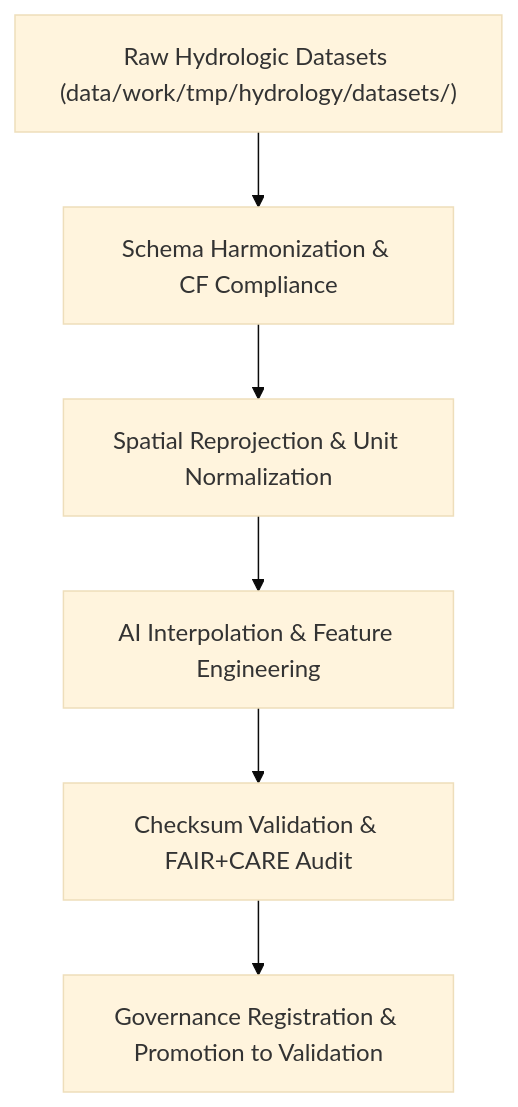
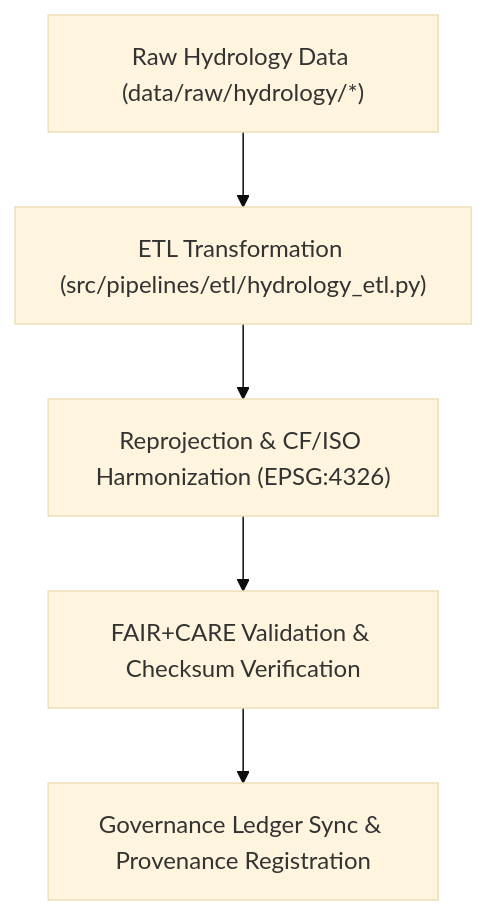
Before and after one commit to bartytime4life/Kansas-Frontier-Matrix: the diagram in data/work/tmp/hydrology/transforms/README.md, drawn with Mermaid (base theme). The commit also changed other lines of this file, not shown here.

````diff
--- a/data/work/tmp/hydrology/transforms/README.md
+++ b/data/work/tmp/hydrology/transforms/README.md
@@ -69,8 +66,7 @@
 ```mermaid
 flowchart TD
-    A["Raw Hydrologic Datasets (data/work/tmp/hydrology/datasets/)"] --> B["Schema Harmonization & CF Compliance"]
-    B --> C["Spatial Reprojection & Unit Normalization"]
-    C --> D["AI Interpolation & Feature Engineering"]
-    D --> E["Checksum Validation & FAIR+CARE Audit"]
-    E --> F["Governance Registration & Promotion to Validation"]
+    A["Raw Hydrology Data (data/raw/hydrology/*)"] --> B["ETL Transformation (src/pipelines/etl/hydrology_etl.py)"]
+    B --> C["Reprojection & CF/ISO Harmonization (EPSG:4326)"]
+    C --> D["FAIR+CARE Validation & Checksum Verification"]
+    D --> E["Governance Ledger Sync & Provenance Registration"]
 ```
````
